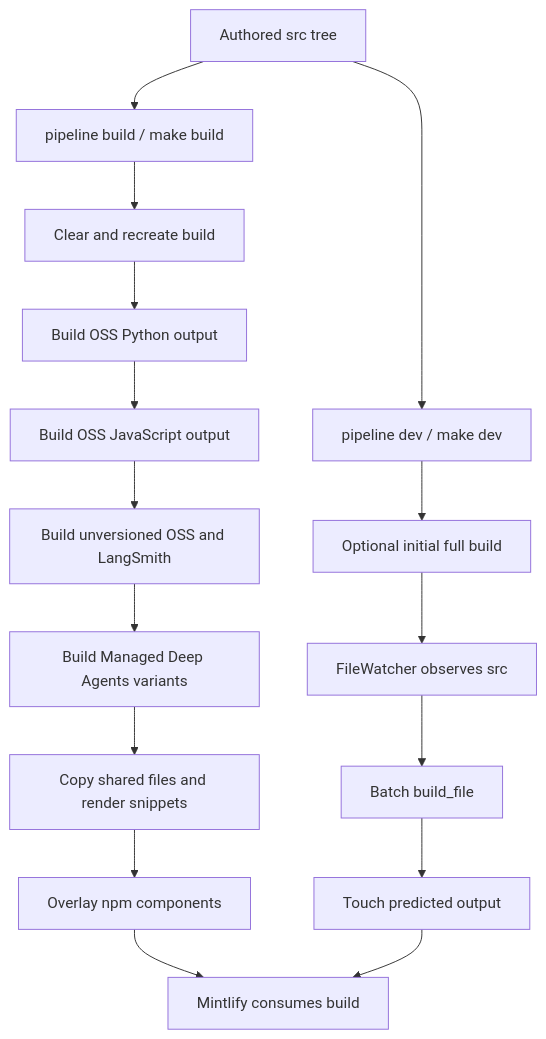
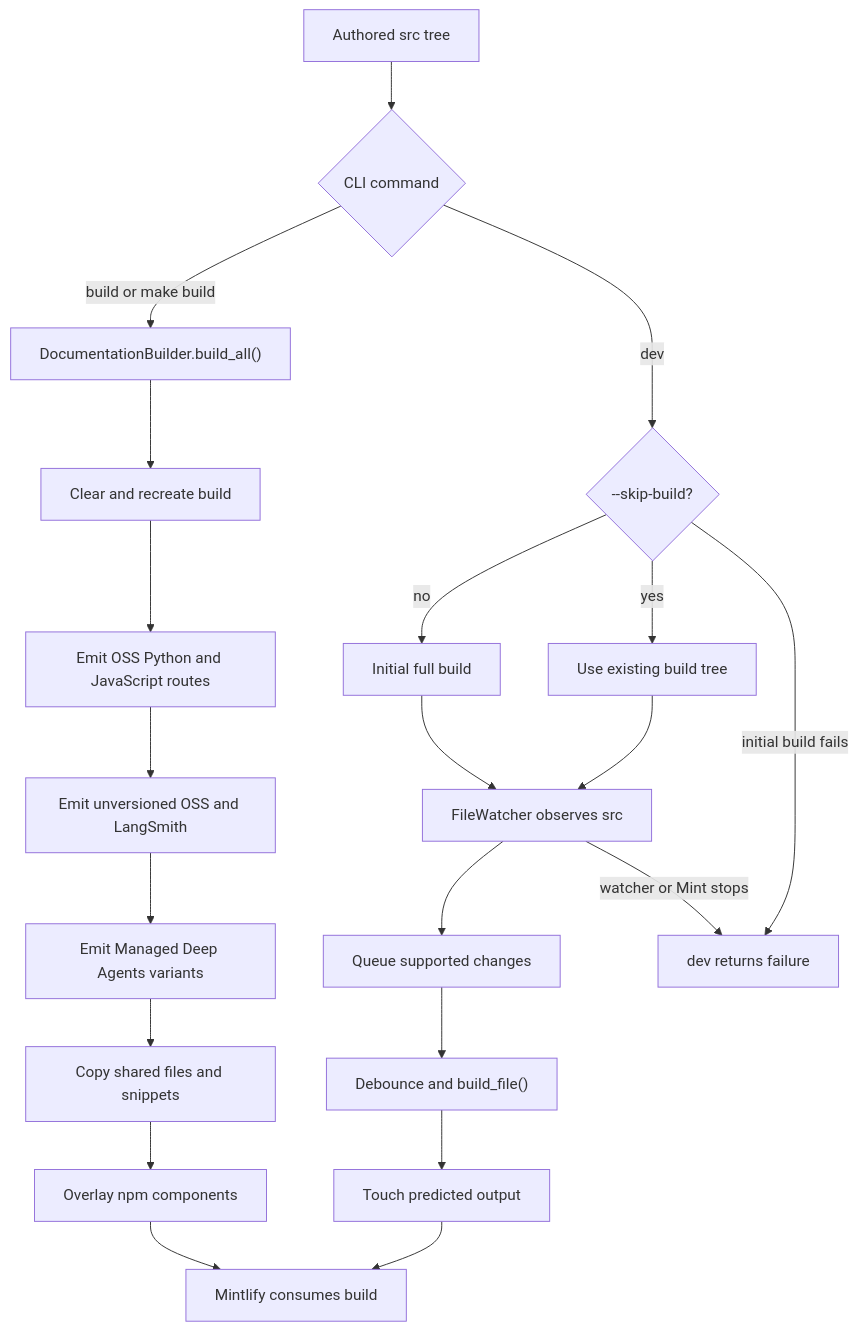
One commit to langchain-ai/docs changed the diagram in openwiki/architecture/build-system.md. Above: the diagram before and after it, drawn with Mermaid. The commit also changed other lines of this file and 54 other files, not shown here.

````diff
--- a/openwiki/architecture/build-system.md
+++ b/openwiki/architecture/build-system.md
@@ -58,18 +59,23 @@
 ```mermaid
 flowchart TD
-    Source["Authored src tree"] --> Full["pipeline build / make build"]
-    Full --> Clear["Clear and recreate build"]
-    Clear --> Py["Build OSS Python output"]
-    Py --> Js["Build OSS JavaScript output"]
-    Js --> Unversioned["Build unversioned OSS and LangSmith"]
-    Unversioned --> Managed["Build Managed Deep Agents variants"]
-    Managed --> Shared["Copy shared files and render snippets"]
-    Shared --> Overlay["Overlay npm components"]
-    Overlay --> Mint["Mintlify consumes build"]
-    Source --> Dev["pipeline dev / make dev"]
-    Dev --> Initial["Optional initial full build"]
-    Initial --> Watch["FileWatcher observes src"]
-    Watch --> Incremental["Batch build_file"]
-    Incremental --> Touch["Touch predicted output"]
-    Touch --> Mint
+    S["Authored src tree"] --> C{"CLI command"}
+    C -->|"build or make build"| B["DocumentationBuilder.build_all()"]
+    C -->|"dev"| D{"--skip-build?"}
+    D -->|"no"| IB["Initial full build"]
+    D -->|"yes"| E["Use existing build tree"]
+    IB --> W["FileWatcher observes src"]
+    E --> W
+    B --> R["Clear and recreate build"]
+    R --> V["Emit OSS Python and JavaScript routes"]
+    V --> U["Emit unversioned OSS and LangSmith"]
+    U --> M["Emit Managed Deep Agents variants"]
+    M --> H["Copy shared files and snippets"]
+    H --> N["Overlay npm components"]
+    N --> Mint["Mintlify consumes build"]
+    W --> Q["Queue supported changes"]
+    Q --> I["Debounce and build_file()"]
+    I --> T["Touch predicted output"]
+    T --> Mint
+    D -->|"initial build fails"| F["dev returns failure"]
+    W -->|"watcher or Mint stops"| F
 ```
````
